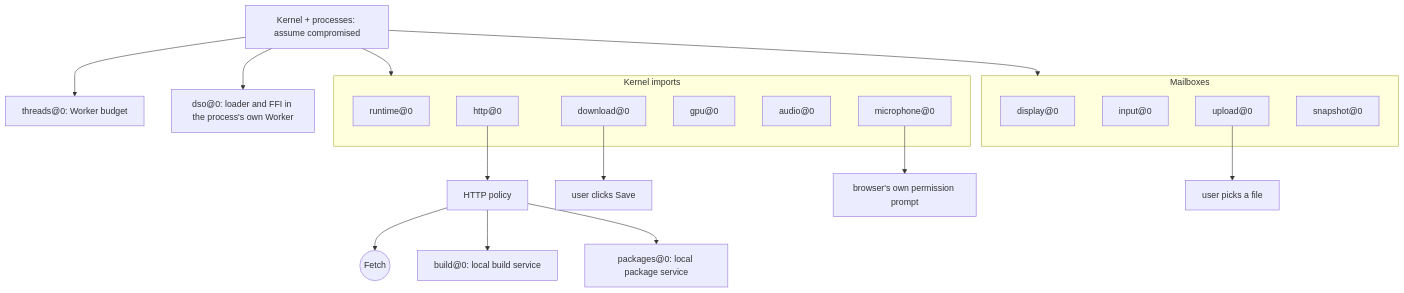
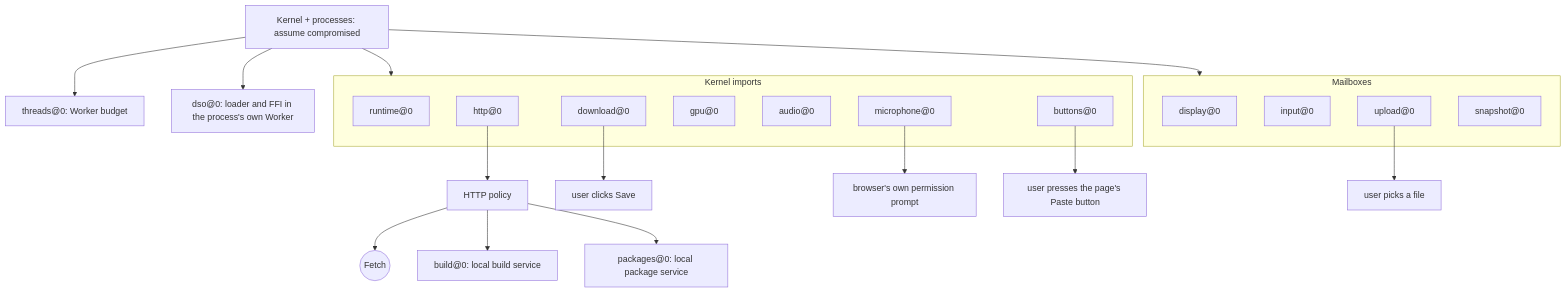
Before and after one commit to daugasauron/dolly: the diagram in docs/browser-boundary.md, drawn with Mermaid. The commit also changed other lines of this file and 22 other files, not shown here.

````diff
--- a/docs/browser-boundary.md
+++ b/docs/browser-boundary.md
@@ -13,31 +13,33 @@
 ```mermaid
 flowchart TB
   guest["Kernel + processes: assume compromised"]
   subgraph imports["Kernel imports"]
     rt["runtime@0"]
     http["http@0"]
     dl["download@0"]
     gpu["gpu@0"]
     au["audio@0"]
     mic["microphone@0"]
+    btn["buttons@0"]
   end
   subgraph mailboxes["Mailboxes"]
     disp["display@0"]
     inp["input@0"]
     up["upload@0"]
     snap["snapshot@0"]
   end
   th["threads@0: Worker budget"]
   dso["dso@0: loader and FFI in the process's own Worker"]
   guest --> imports
   guest --> mailboxes
   guest --> th
   guest --> dso
   http --> policy["HTTP policy"]
   policy --> fetch(("Fetch"))
   policy --> build["build@0: local build service"]
   policy --> packages["packages@0: local package service"]
   dl --> save["user clicks Save"]
   up --> picker["user picks a file"]
   mic --> prompt["browser's own permission prompt"]
+  btn --> paste["user presses the page's Paste button"]
 ```
````
